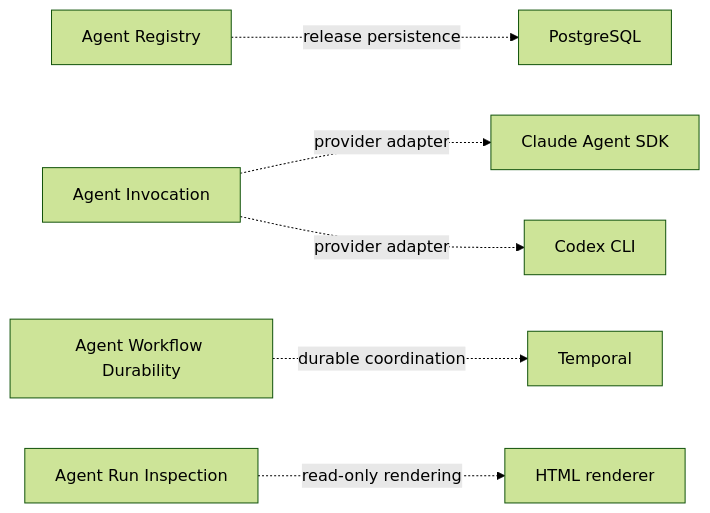
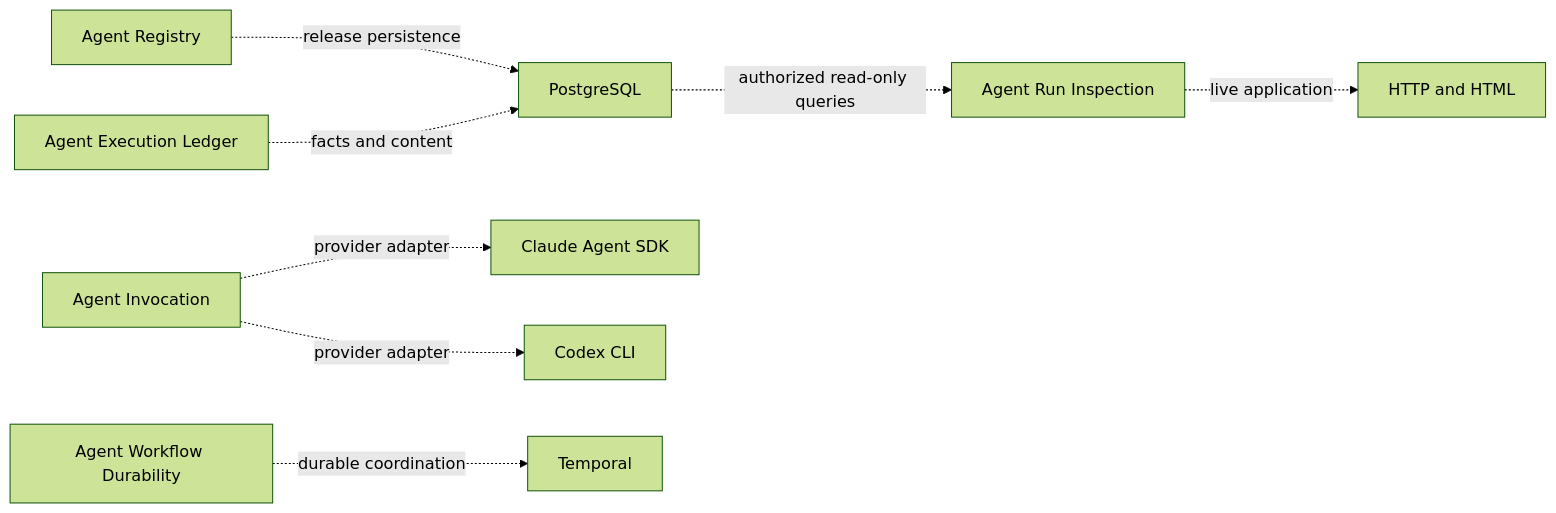
Before and after one commit to bobaoai/agent_runtime: the third of 5 diagrams in README.md, drawn with Mermaid (forest theme). The commit also changed other lines of this file and 15 other files, not shown here.

Commit message:
feat: complete postgres ledger and live inspector

````diff
--- a/README.md
+++ b/README.md
@@ -69,8 +102,10 @@
 ```mermaid
 flowchart LR
     REGISTRY["Agent Registry"] -. "release persistence" .-> POSTGRES["PostgreSQL"]
+    LEDGER["Agent Execution Ledger"] -. "facts and content" .-> POSTGRES
     INVOCATION["Agent Invocation"] -. "provider adapter" .-> CLAUDE["Claude Agent SDK"]
     INVOCATION -. "provider adapter" .-> CODEX["Codex CLI"]
     DURABILITY["Agent Workflow Durability"] -. "durable coordination" .-> TEMPORAL["Temporal"]
-    INSPECTION["Agent Run Inspection"] -. "read-only rendering" .-> HTML["HTML renderer"]
+    POSTGRES -. "authorized read-only queries" .-> INSPECTION["Agent Run Inspection"]
+    INSPECTION -. "live application" .-> HTTP["HTTP and HTML"]
 ```
````
